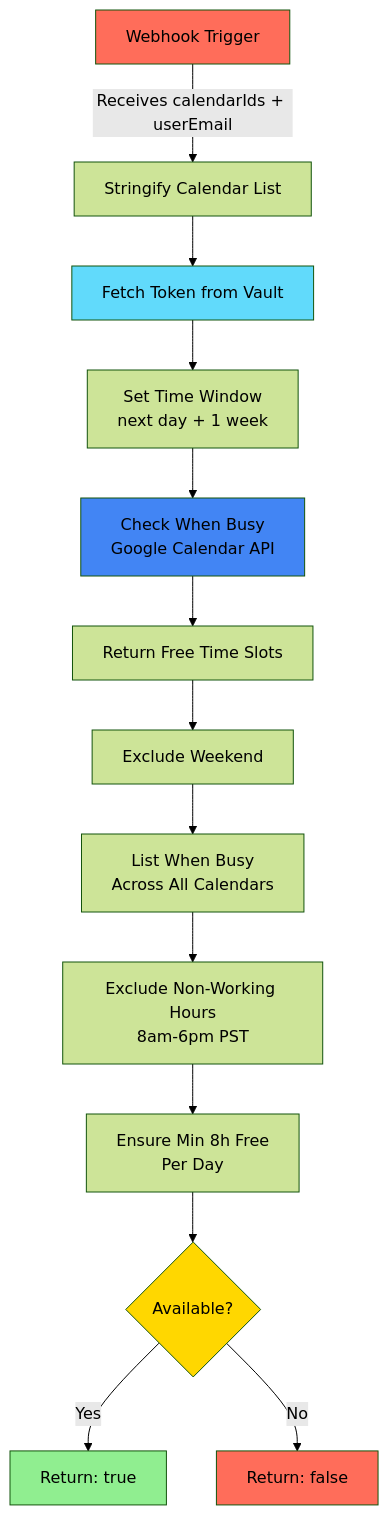
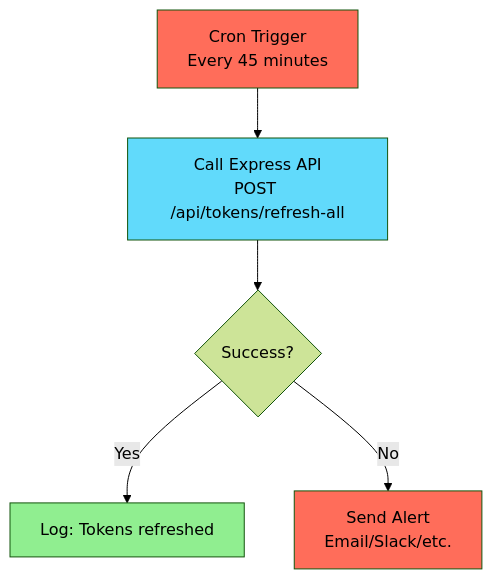
Before and after one commit to nicmart-dev/linguistnow: the diagram in docs/n8n-workflow-integration.md, drawn with Mermaid (forest theme). The commit also changed other lines of this file and 38 other files, not shown here.

````diff
--- a/docs/n8n-workflow-integration.md
+++ b/docs/n8n-workflow-integration.md
@@ -161,22 +62,12 @@
 ```mermaid
 graph TD
-    A[Webhook Trigger] -->|Receives calendarIds + userEmail| B[Stringify Calendar List]
-    B --> V[Fetch Token from Vault]
-    V --> C[Set Time Window<br/>next day + 1 week]
-    C --> D[Check When Busy<br/>Google Calendar API]
-    D --> E[Return Free Time Slots]
-    E --> F[Exclude Weekend]
-    F --> G[List When Busy<br/>Across All Calendars]
-    G --> H[Exclude Non-Working Hours<br/>8am-6pm PST]
-    H --> I[Ensure Min 8h Free<br/>Per Day]
-    I --> J{Available?}
-    J -->|Yes| K[Return: true]
-    J -->|No| L[Return: false]
+    A[Cron Trigger<br/>Every 45 minutes] --> B[Call Express API<br/>POST /api/tokens/refresh-all]
+    B --> C{Success?}
+    C -->|Yes| D[Log: Tokens refreshed]
+    C -->|No| E[Send Alert<br/>Email/Slack/etc.]
 
     style A fill:#ff6d5a
-    style V fill:#61dafb
-    style D fill:#4285f4
-    style J fill:#ffd700
-    style K fill:#90ee90
-    style L fill:#ff6d5a
+    style B fill:#61dafb
+    style D fill:#90ee90
+    style E fill:#ff6d5a
 ```
````
